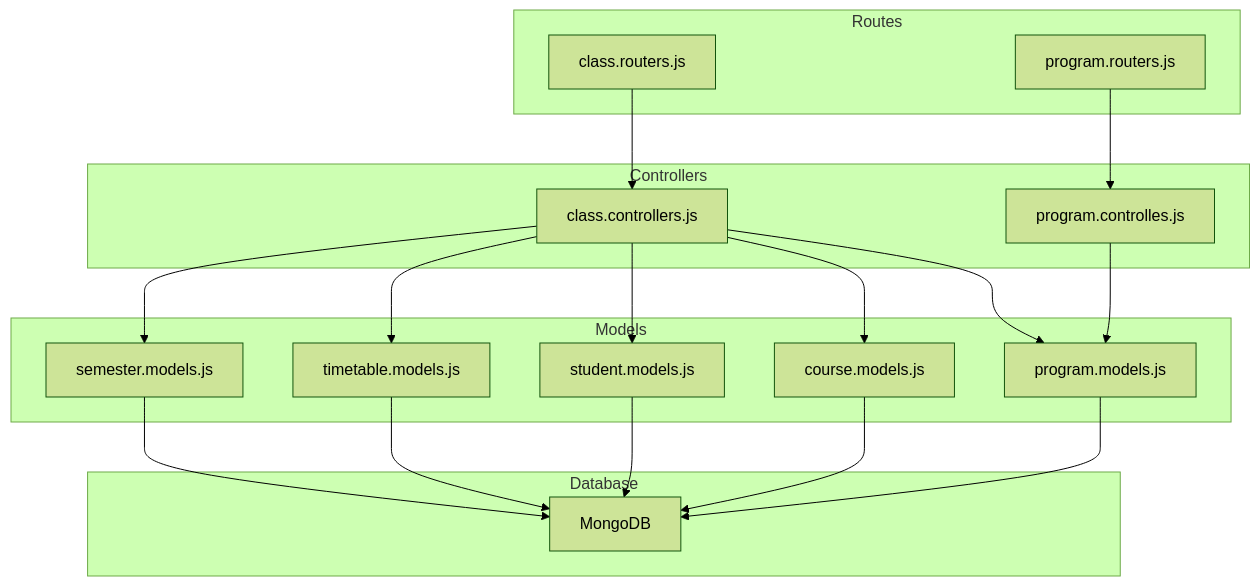
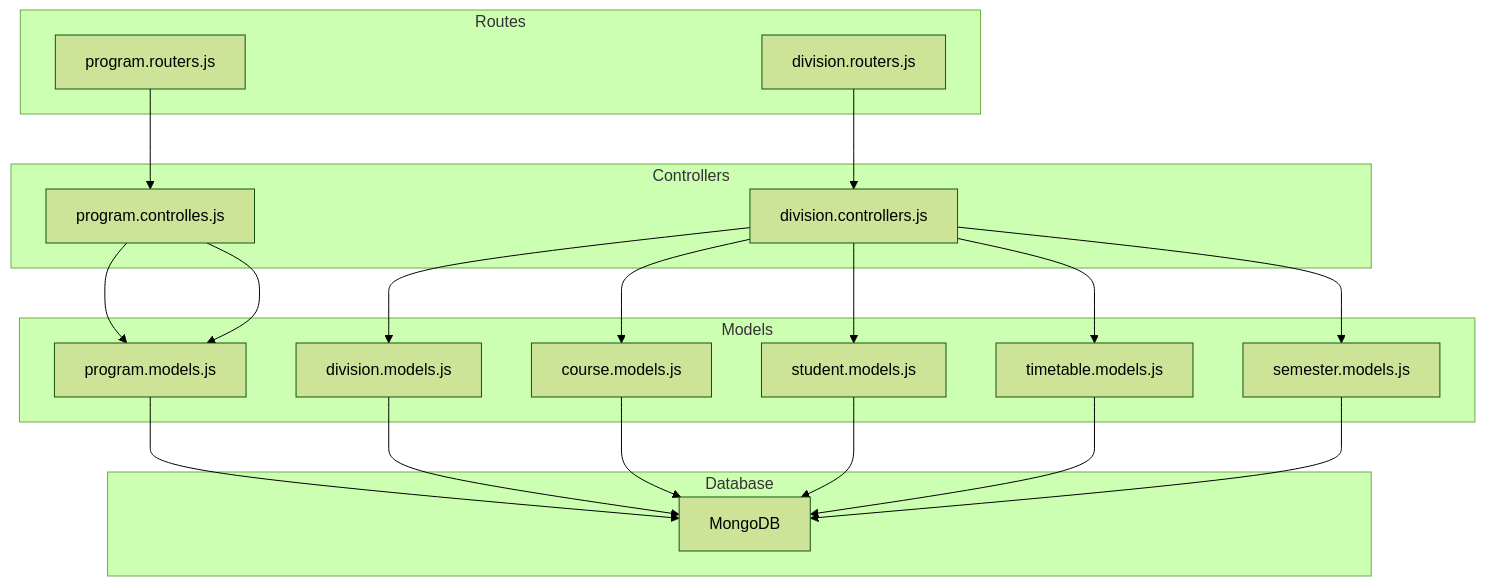
One commit to Aryan9060/Timetable-Project changed the first of 7 diagrams in .qoder/repowiki/en/content/API Reference/Master Data Endpoints/Class & Program Management Endpoints.md. Above: the diagram before and after it, drawn with Mermaid (forest theme). The commit also changed other lines of this file and 15 other files, not shown here.

````diff
--- a/.qoder/repowiki/en/content/API Reference/Master Data Endpoints/Class & Program Management Endpoints.md
+++ b/.qoder/repowiki/en/content/API Reference/Master Data Endpoints/Class & Program Management Endpoints.md
@@ -46,34 +56,37 @@
 ```mermaid
 graph TB
 subgraph "Routes"
-RClass["class.routers.js"]
+RDivision["division.routers.js"]
 RProg["program.routers.js"]
 end
 subgraph "Controllers"
-CClass["class.controllers.js"]
+CDivision["division.controllers.js"]
 CProg["program.controlles.js"]
 end
 subgraph "Models"
 MProg["program.models.js"]
+MDivision["division.models.js"]
 MCourse["course.models.js"]
 MStudent["student.models.js"]
 MTimetable["timetable.models.js"]
 MSemester["semester.models.js"]
 end
 subgraph "Database"
 DB["MongoDB"]
 end
-RClass --> CClass
+RDivision --> CDivision
 RProg --> CProg
-CClass --> MProg
-CClass --> MCourse
-CClass --> MStudent
+CDivision --> MDivision
 CProg --> MProg
-CClass --> MTimetable
-CClass --> MSemester
+CDivision --> MCourse
+CDivision --> MStudent
+CProg --> MProg
+CDivision --> MTimetable
+CDivision --> MSemester
 MProg --> DB
+MDivision --> DB
 MCourse --> DB
 MStudent --> DB
 MTimetable --> DB
 MSemester --> DB
 ```
````
